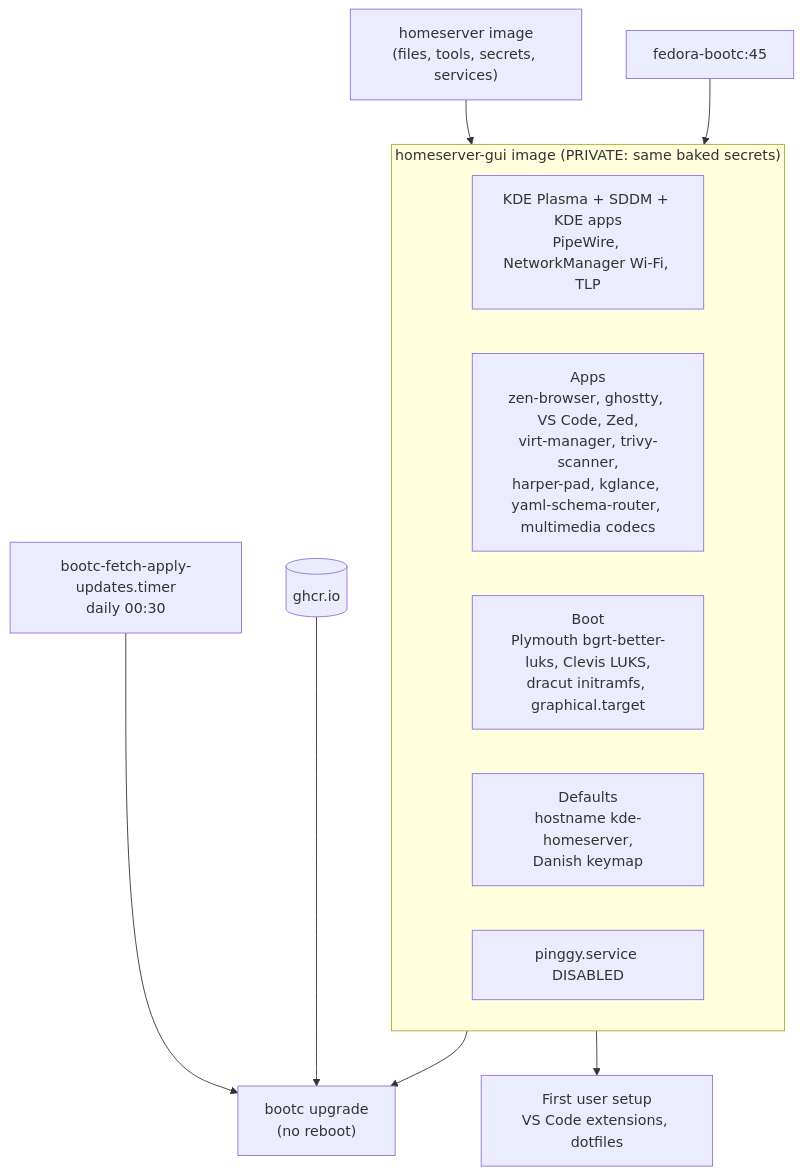
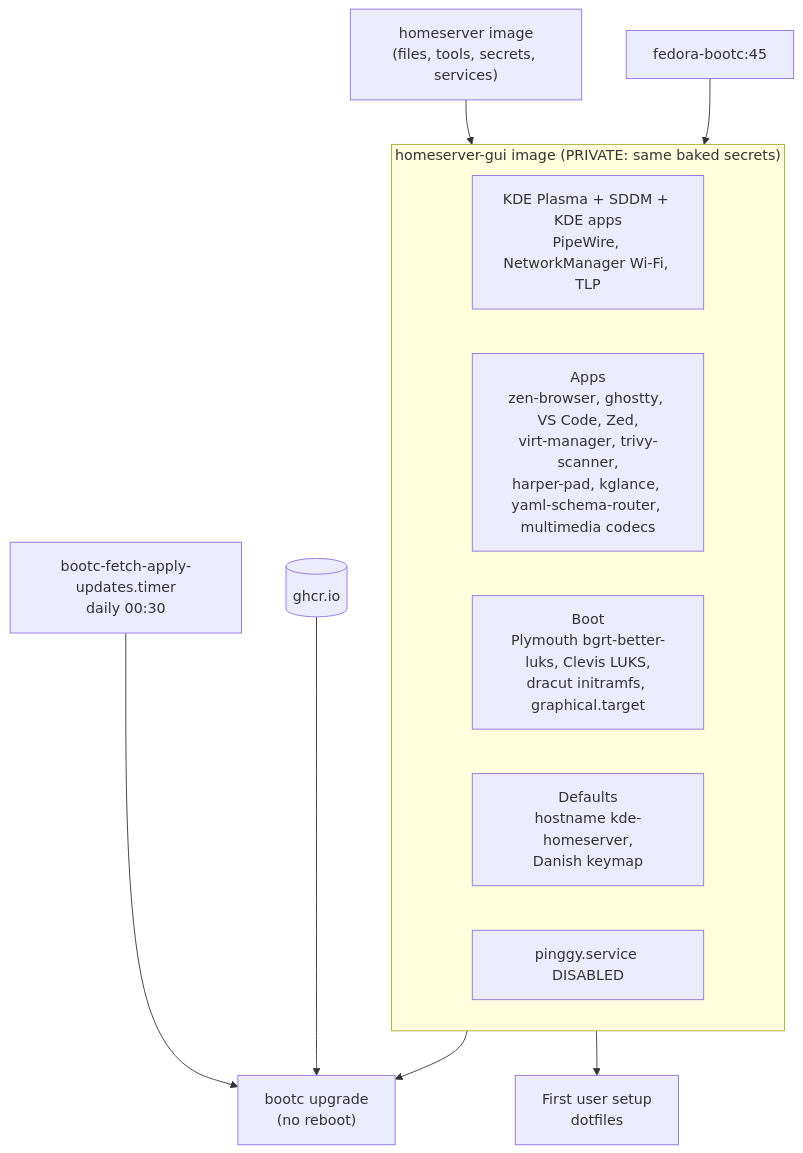
The diagram in docs/homeserver-gui/README.md (cthtrifork/homeserver-bootc), drawn with Mermaid before and after one commit. The commit also changed other lines of this file and 4 other files, not shown here.

First line of the commit message:
feat(homeserver-gui): install the VS Code extensions in the image

````diff
--- a/docs/homeserver-gui/README.md
+++ b/docs/homeserver-gui/README.md
@@ -11,16 +11,16 @@
 ```mermaid
 flowchart TD
     HS["homeserver image<br/>(files, tools, secrets, services)"] --> IMG
     BASE["fedora-bootc:45"] --> IMG
     subgraph IMG["homeserver-gui image (PRIVATE: same baked secrets)"]
         KDE["KDE Plasma + SDDM + KDE apps<br/>PipeWire, NetworkManager Wi-Fi, TLP"]
         APPS["Apps<br/>zen-browser, ghostty, VS Code, Zed,<br/>virt-manager, trivy-scanner,<br/>harper-pad, kglance, yaml-schema-router, multimedia codecs"]
         BOOTX["Boot<br/>Plymouth bgrt-better-luks, Clevis LUKS,<br/>dracut initramfs, graphical.target"]
         DEF["Defaults<br/>hostname kde-homeserver,<br/>Danish keymap"]
         NOPING["pinggy.service DISABLED"]
     end
     TIMER["bootc-fetch-apply-updates.timer<br/>daily 00:30"] --> UPG["bootc upgrade<br/>(no reboot)"]
     REG[("ghcr.io")] --> UPG
     IMG --> UPG
-    IMG --> FB["First user setup<br/>VS Code extensions, dotfiles"]
+    IMG --> FB["First user setup<br/>dotfiles"]
 ```
````
